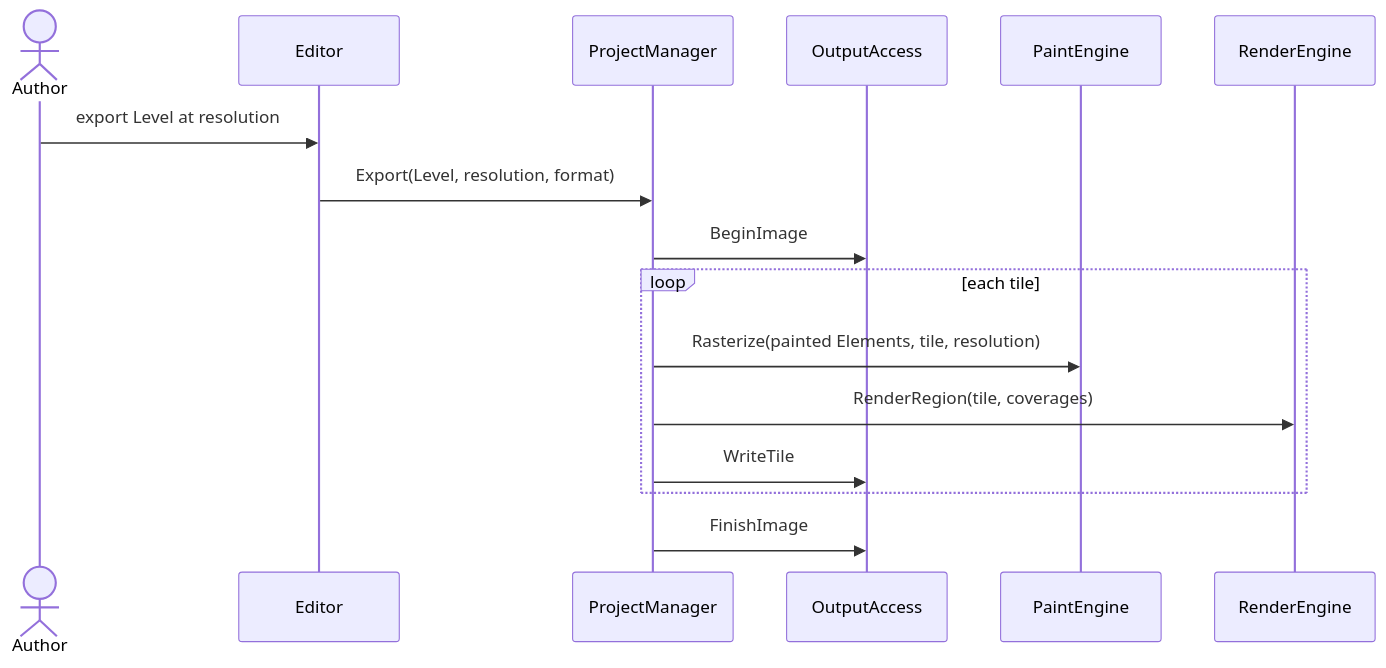
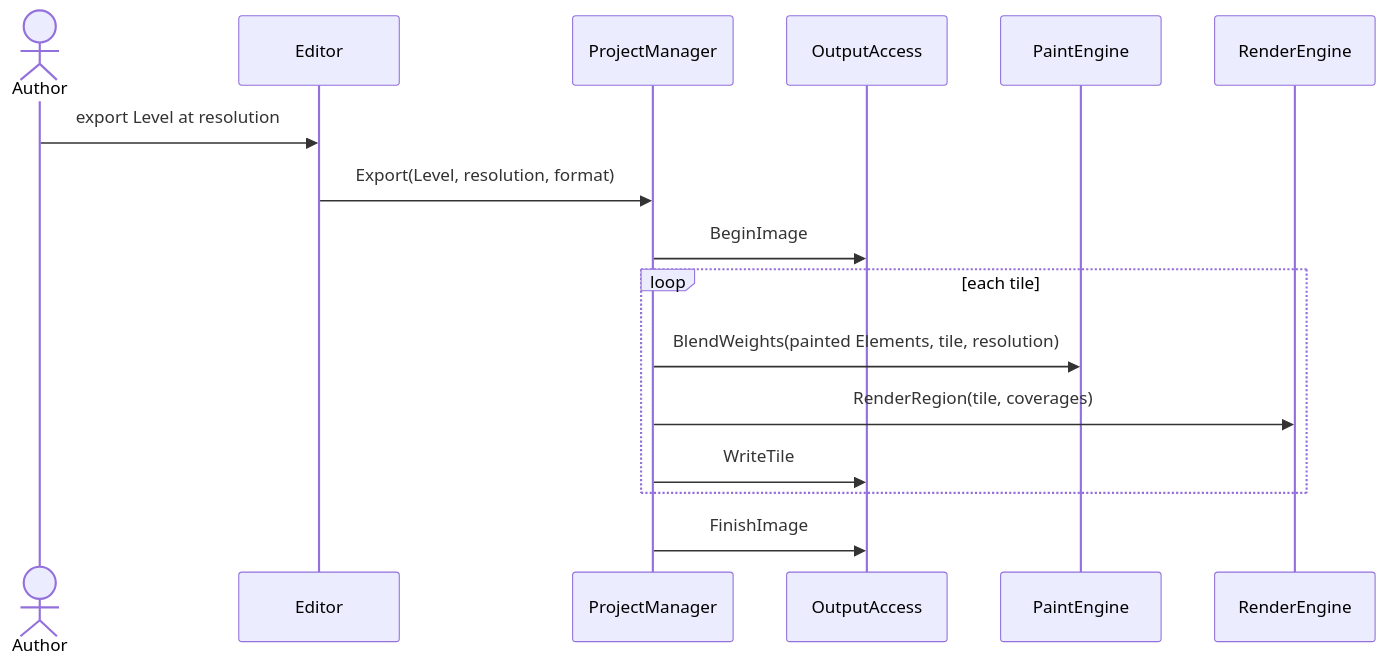
The fifth of 5 diagrams in docs/architecture/ARCHITECTURE.md (dungeon-rs/dungeon-rs), drawn with Mermaid before and after one commit. The commit also changed other lines of this file and 1 other file, not shown here.

````diff
--- a/docs/architecture/ARCHITECTURE.md
+++ b/docs/architecture/ARCHITECTURE.md
@@ -250,13 +250,13 @@
 ```mermaid
 sequenceDiagram
   actor Author
   Author->>Editor: export Level at resolution
   Editor->>ProjectManager: Export(Level, resolution, format)
   ProjectManager->>OutputAccess: BeginImage
   loop each tile
-    ProjectManager->>PaintEngine: Rasterize(painted Elements, tile, resolution)
+    ProjectManager->>PaintEngine: BlendWeights(painted Elements, tile, resolution)
     ProjectManager->>RenderEngine: RenderRegion(tile, coverages)
     ProjectManager->>OutputAccess: WriteTile
   end
   ProjectManager->>OutputAccess: FinishImage
 ```
````
